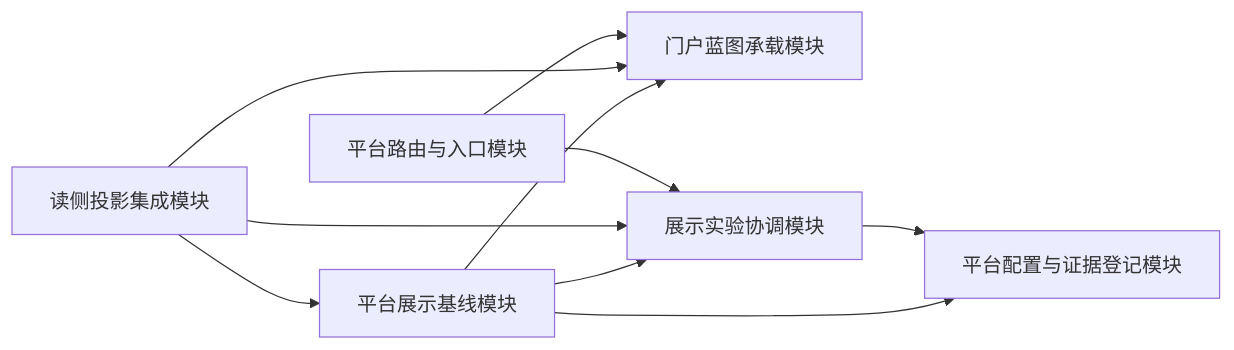
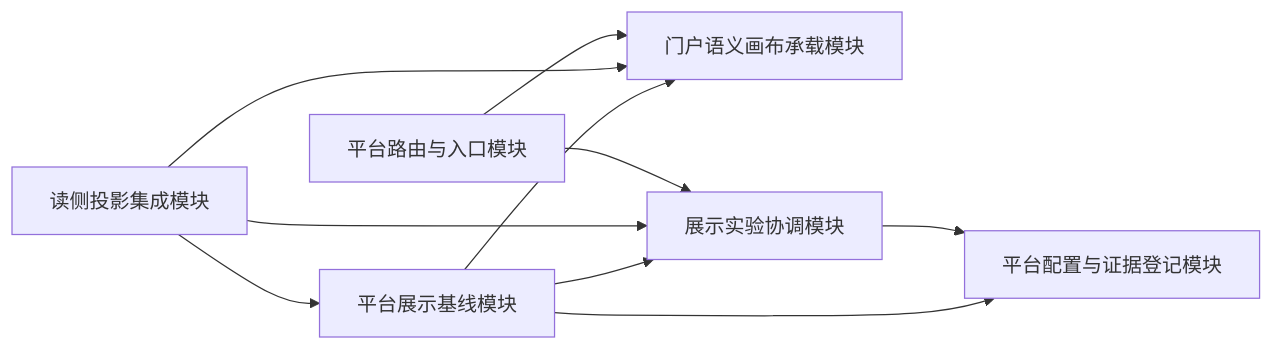
The second of 4 diagrams in DOC/CODEX_DOC/02_设计说明/P6_门户与平台入口/P6-门户与平台入口设计.md (wgwtest/CodeFactoryV2), drawn with Mermaid before and after one commit. The commit also changed other lines of this file and 94 other files, not shown here.

````diff
--- a/DOC/CODEX_DOC/02_设计说明/P6_门户与平台入口/P6-门户与平台入口设计.md
+++ b/DOC/CODEX_DOC/02_设计说明/P6_门户与平台入口/P6-门户与平台入口设计.md
@@ -292,12 +294,12 @@
 ```mermaid
 flowchart LR
-    A["平台路由与入口模块"] --> C["门户蓝图承载模块"]
+    A["平台路由与入口模块"] --> C["门户语义画布承载模块"]
     A --> F["展示实验协调模块"]
     B["读侧投影集成模块"] --> C
     B --> D["平台展示基线模块"]
     B --> F
     D --> C
     D --> F
     F --> E["平台配置与证据登记模块"]
     D --> E
 ```
````
